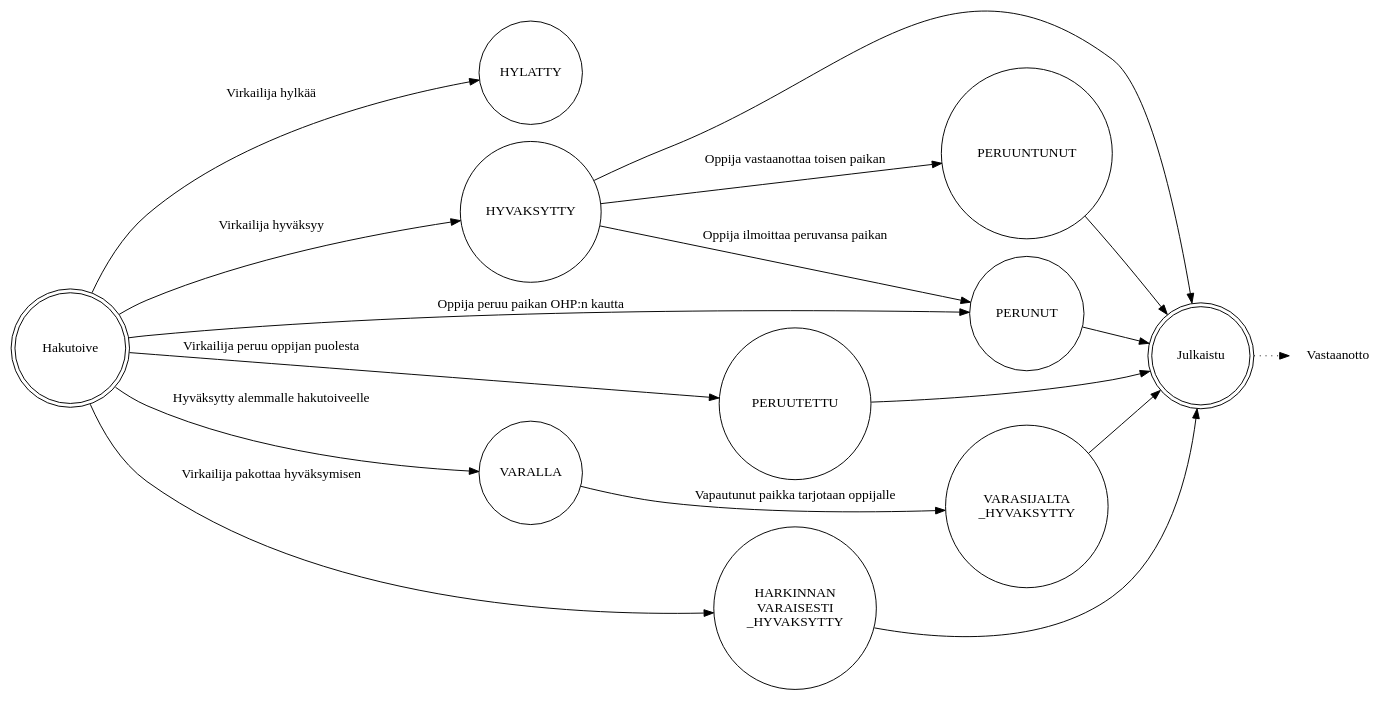
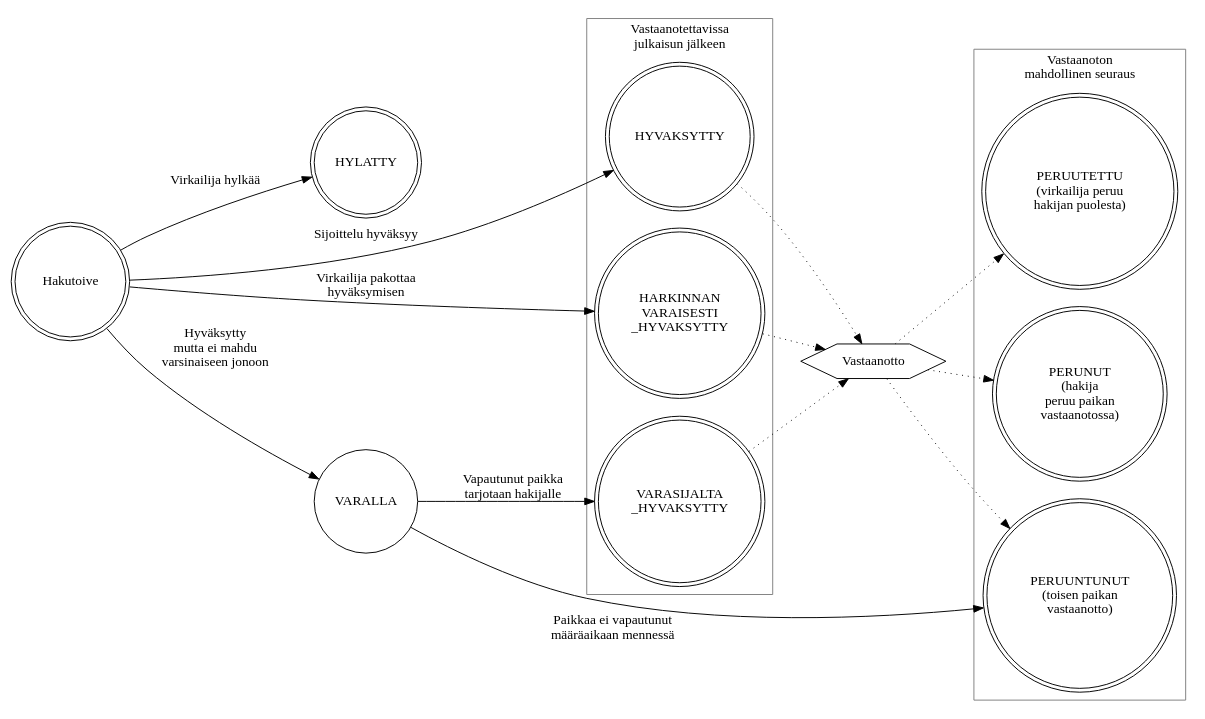
The diagram in dot/valintatila_sijoittelulla.dot (Opetushallitus/dokumentaatio), drawn with Graphviz before and after one commit. The commit also changed 1 other file, not shown here.

```diff
--- a/dot/valintatila_sijoittelulla.dot
+++ b/dot/valintatila_sijoittelulla.dot
@@ -1,24 +1,35 @@
 digraph g {
   rankdir=LR;
-  node [shape=circle];
+  node [shape=doublecircle];
 
   Hakutoive -> HYLATTY [label="Virkailija hylkää"];
-  Hakutoive -> HYVAKSYTTY [label="Virkailija hyväksyy"];
-  Hakutoive -> PERUUTETTU [label="Virkailija peruu oppijan puolesta"];
-  Hakutoive -> VARALLA [label="Hyväksytty alemmalle hakutoiveelle"];
-  VARALLA -> VARASIJALTA_HYVAKSYTTY [label="Vapautunut paikka tarjotaan oppijalle"];
-  HYVAKSYTTY -> PERUUNTUNUT [label="Oppija vastaanottaa toisen paikan"];
-  Hakutoive -> PERUNUT [label="Oppija peruu paikan OHP:n kautta"];
-  HYVAKSYTTY -> PERUNUT [label="Oppija ilmoittaa peruvansa paikan"];
-  Hakutoive -> HARKINNANVARAISESTI_HYVAKSYTTY [label="Virkailija pakottaa hyväksymisen"];
+  Hakutoive -> HYVAKSYTTY [label="Sijoittelu hyväksyy"];
+  PERUUTETTU [label="PERUUTETTU\n(virkailija peruu\nhakijan puolesta)"];
+  Hakutoive -> VARALLA [label="Hyväksytty\nmutta ei mahdu\nvarsinaiseen jonoon"];
+  VARALLA -> VARASIJALTA_HYVAKSYTTY [label="Vapautunut paikka\ntarjotaan hakijalle"];
+  VARALLA -> PERUUNTUNUT [xlabel="Paikkaa ei vapautunut\nmääräaikaan mennessä"];
+  PERUUNTUNUT [label="PERUUNTUNUT\n(toisen paikan\nvastaanotto)"];
+  PERUNUT [label="PERUNUT\n(hakija\nperuu paikan\nvastaanotossa)"];
 
-  HYVAKSYTTY, VARASIJALTA_HYVAKSYTTY, HARKINNANVARAISESTI_HYVAKSYTTY -> Julkaistu;
-  PERUUTETTU, PERUUNTUNUT, PERUNUT -> Julkaistu;
+  Hakutoive -> HARKINNANVARAISESTI_HYVAKSYTTY [label="Virkailija pakottaa\nhyväksymisen"];
 
-  Julkaistu -> Vastaanotto [style=dotted];
-  Vastaanotto [shape=none];
+  subgraph cluster_vastaanotto {
+    label="Vastaanoton\nmahdollinen seuraus";
+    color=gray;
+    rank=same;
+    PERUUTETTU, PERUUNTUNUT, PERUNUT;
+  }
 
-  HARKINNANVARAISESTI_HYVAKSYTTY [label="HARKINNAN\nVARAISESTI\n_HYVAKSYTTY"];
-  VARASIJALTA_HYVAKSYTTY [label="VARASIJALTA\n_HYVAKSYTTY"];
-  Hakutoive, Julkaistu [shape=doublecircle];
+  subgraph cluster_hyvaksytty {
+    label="Vastaanotettavissa\njulkaisun jälkeen";
+    color=gray;
+    rank=same;
+    HYVAKSYTTY
+    HARKINNANVARAISESTI_HYVAKSYTTY [label="HARKINNAN\nVARAISESTI\n_HYVAKSYTTY"];
+    VARASIJALTA_HYVAKSYTTY [label="VARASIJALTA\n_HYVAKSYTTY"];
+  }
+
+  VARALLA [shape=circle];
+  Vastaanotto [shape=hexagon];
+  HARKINNANVARAISESTI_HYVAKSYTTY, HYVAKSYTTY, VARASIJALTA_HYVAKSYTTY -> Vastaanotto -> PERUNUT, PERUUNTUNUT, PERUUTETTU [style=dotted];
 }
```
